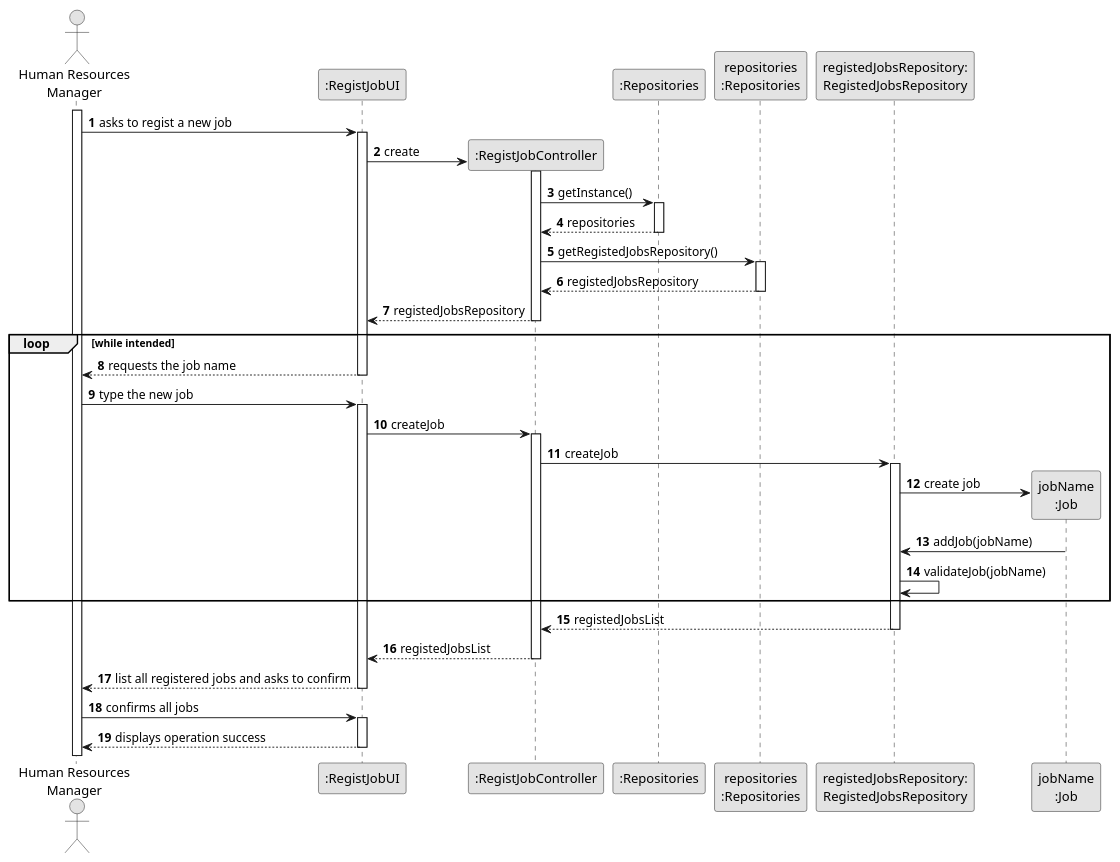
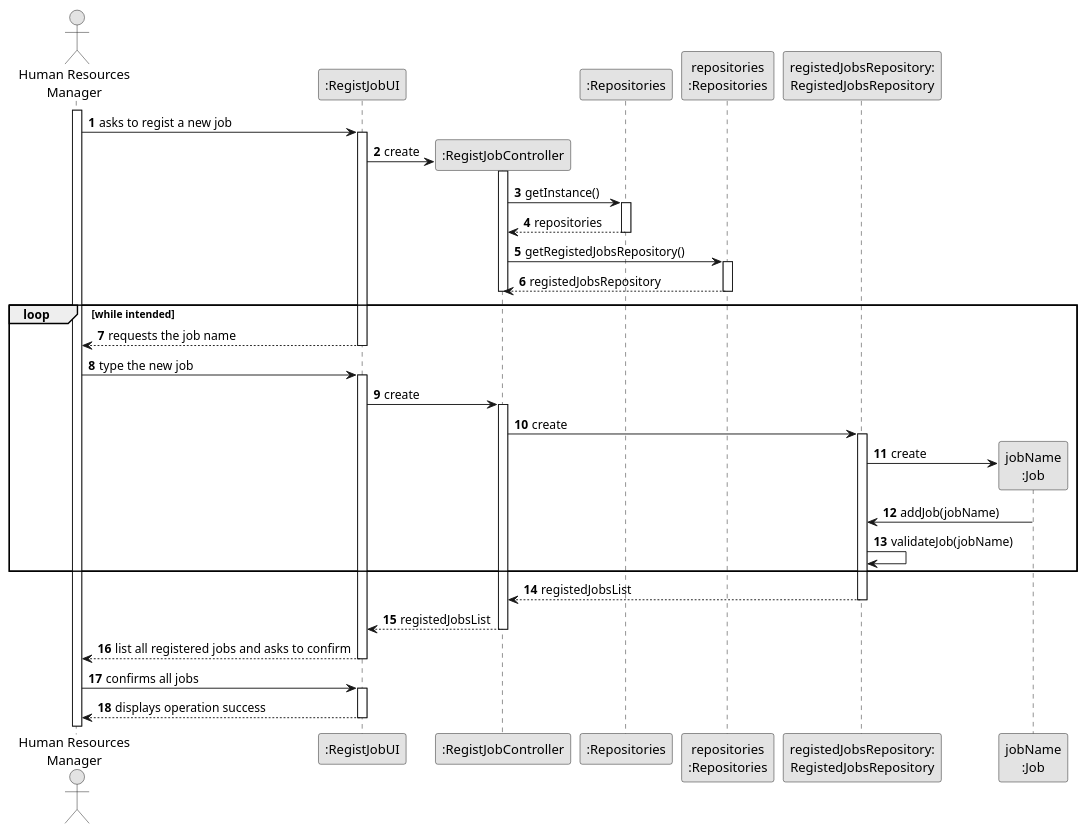
Before and after one commit to 1231360-ISEP/lei-24-s2-1db-g021: the diagram in docs/sprint2/us002/03.design/puml/us002-sequence-diagram-full.puml, drawn with PlantUML. The commit also changed 6 other files, not shown here.

```diff
--- a/docs/sprint2/us002/03.design/puml/us002-sequence-diagram-full.puml
+++ b/docs/sprint2/us002/03.design/puml/us002-sequence-diagram-full.puml
@@ -1,77 +1,75 @@
 @startuml
 skinparam monochrome true
 skinparam packageStyle rectangle
 skinparam shadowing false
 
 actor "Human Resources\nManager" as HRM
 participant ":RegistJobUI" as UI
 participant ":RegistJobController" as CTRL
 participant ":Repositories" as RepositorySingleton
 participant "repositories\n:Repositories" as PLAT
 participant "registedJobsRepository:\nRegistedJobsRepository" as RegistedJobsRepository
 participant "jobName\n:Job" as PROFISSAO
 
 autonumber 1
 
 activate HRM
 
     HRM -> UI : asks to regist a new job
     activate UI
 
         UI -> CTRL** : create
 
         activate CTRL
 
         CTRL -> RepositorySingleton : getInstance()
         activate RepositorySingleton
 
             RepositorySingleton --> CTRL: repositories
         deactivate RepositorySingleton
 
         CTRL -> PLAT : getRegistedJobsRepository()
         activate PLAT
 
             PLAT --> CTRL: registedJobsRepository
         deactivate PLAT
 
-        UI <-- CTRL : registedJobsRepository
         deactivate CTRL
 
     loop while intended
             UI --> HRM : requests the job name
         deactivate UI
 
         HRM -> UI : type the new job
         activate UI
-            UI -> CTRL: createJob
+            UI -> CTRL: create
         activate CTRL
 
-
-            CTRL -> RegistedJobsRepository : createJob
+            CTRL -> RegistedJobsRepository : create
 
             activate RegistedJobsRepository
 
-                RegistedJobsRepository -> PROFISSAO**: create job
+                RegistedJobsRepository -> PROFISSAO**: create
                 PROFISSAO -> RegistedJobsRepository: addJob(jobName)
 
                     RegistedJobsRepository -> RegistedJobsRepository: validateJob(jobName)
 
     end
                 RegistedJobsRepository --> CTRL : registedJobsList
             deactivate RegistedJobsRepository
 
             CTRL --> UI : registedJobsList
         deactivate CTRL
 
         UI --> HRM : list all registered jobs and asks to confirm
 
             deactivate CTRL
         deactivate UI
 
     HRM -> UI : confirms all jobs
     activate UI
 
     UI --> HRM : displays operation success
     deactivate UI
 
 @enduml
```
